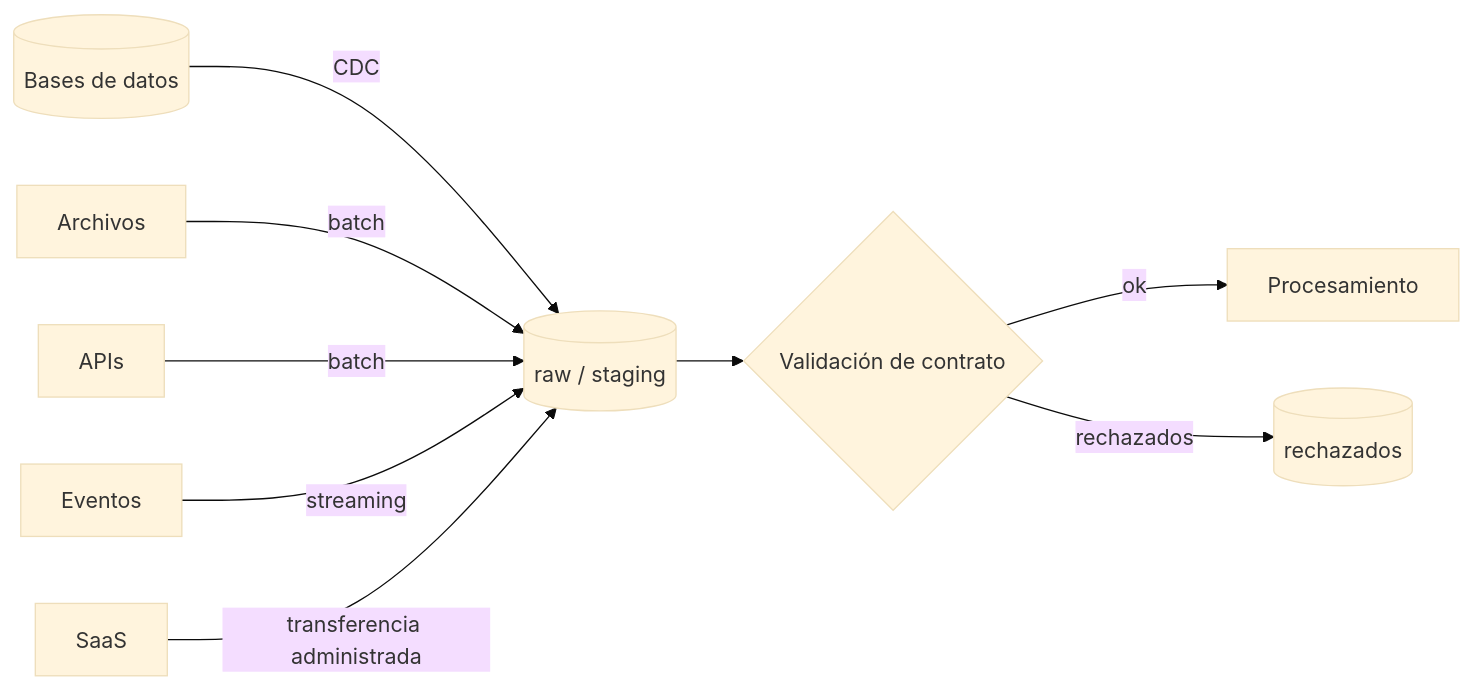
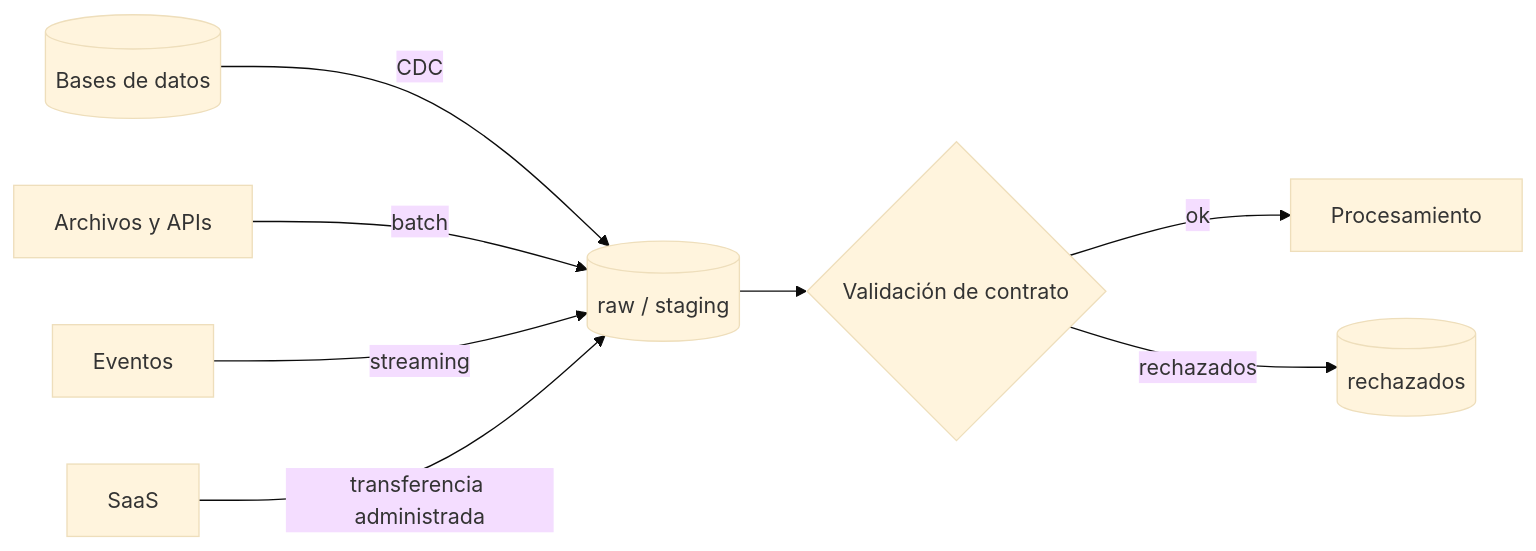
The diagram in content/concepts/data-ingestion.md (fcp4891/de-knowledge-hub), drawn with Mermaid (base theme) before and after one commit. The commit also changed other lines of this file and 20 other files, not shown here.

First line of the commit message:
§9 con el estándar de diagramas: 21 diagramas sobre 8 nodos o 10 aristas, rehechos

````diff
--- a/content/concepts/data-ingestion.md
+++ b/content/concepts/data-ingestion.md
@@ -172,11 +172,10 @@
 ```mermaid
 flowchart LR
   DB[(Bases de datos)] -->|CDC| RAW[(raw / staging)]
-  F[Archivos] -->|batch| RAW
-  API[APIs] -->|batch| RAW
+  F[Archivos y APIs] -->|batch| RAW
   EV[Eventos] -->|streaming| RAW
   SaaS[SaaS] -->|transferencia administrada| RAW
   RAW --> V{Validación de contrato}
   V -->|ok| CUR[Procesamiento]
   V -->|rechazados| REJ[(rechazados)]
 ```
````
